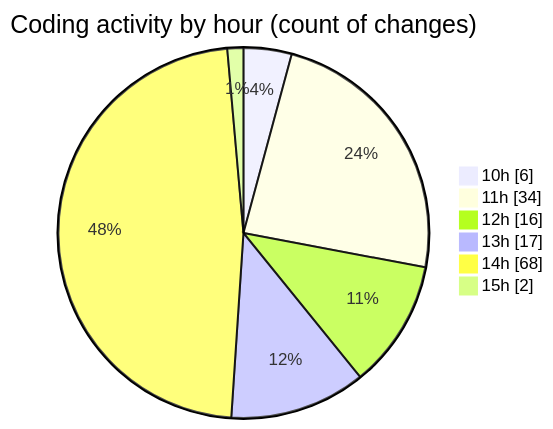
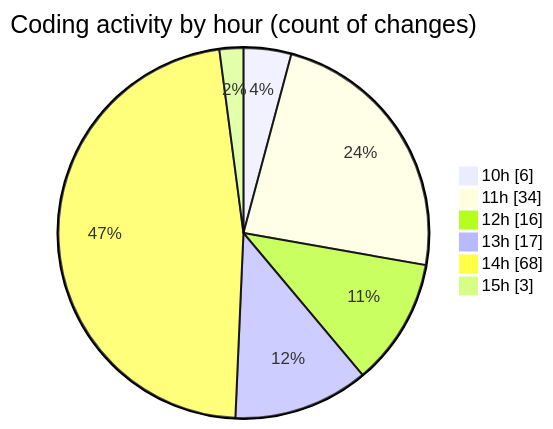
The second of 2 diagrams in 2025-08-13/cda/README.md (momahboobian/code-tracking), drawn with Mermaid before and after one commit. The commit also changed other lines of this file and 1 other file, not shown here.

````diff
--- a/2025-08-13/cda/README.md
+++ b/2025-08-13/cda/README.md
@@ -51,10 +52,10 @@
 ```mermaid
 pie showData
 title Coding activity by hour (count of changes)
 "10h" : 6
 "11h" : 34
 "12h" : 16
 "13h" : 17
 "14h" : 68
-"15h" : 2
+"15h" : 3
 ```
````
